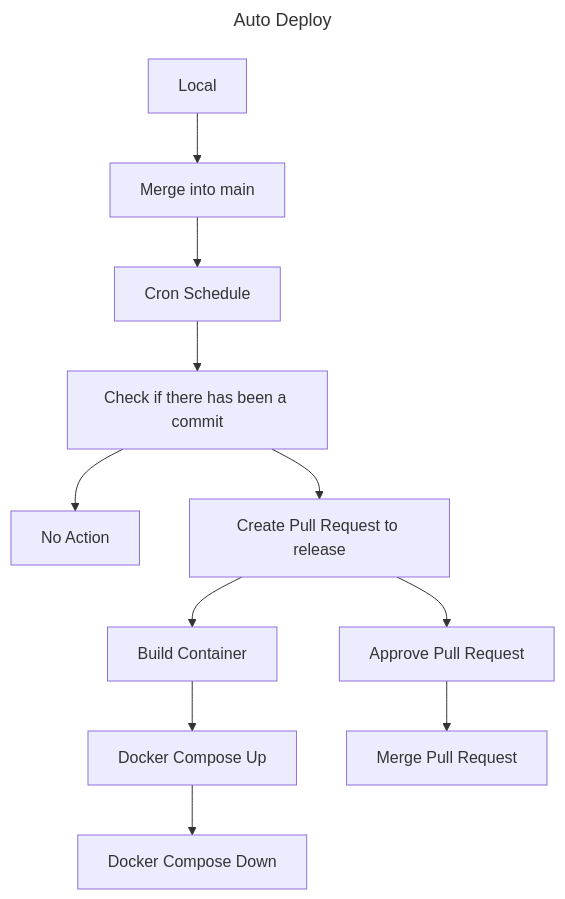
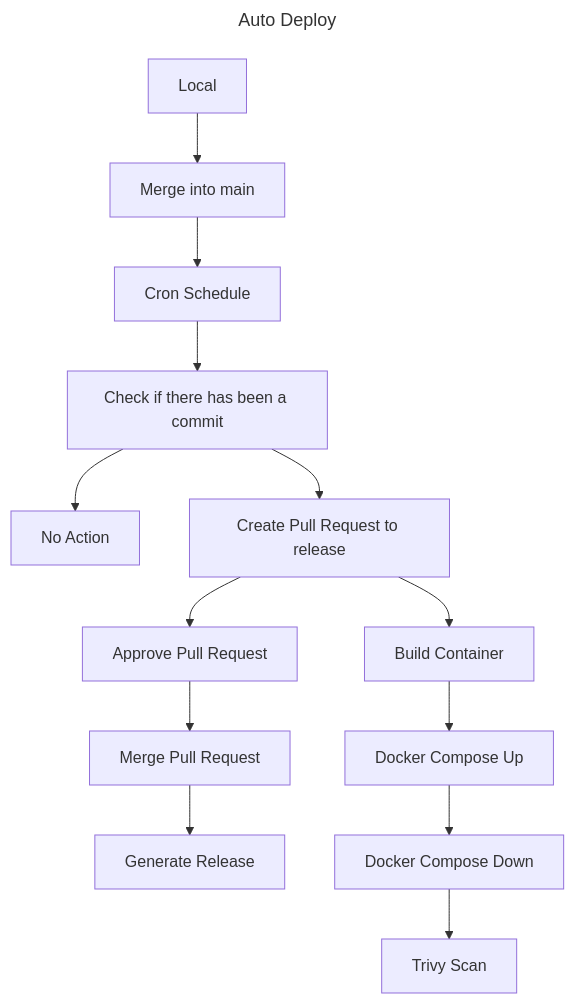
Before and after one commit to Bombarding/build-and-publish: the diagram in README.md, drawn with Mermaid. The commit also changed 2 other files, not shown here.

````diff
--- a/README.md
+++ b/README.md
@@ -3,16 +3,18 @@
 ```mermaid
 ---
 title: Auto Deploy
 ---
 graph TD;
     A[Local]-->B[Merge into main];
     C[Cron Schedule]-->D[Check if there has been a commit];
     B-->C;
     D-->E[No Action];
     D-->F[Create Pull Request to release];
     F-->G[Approve Pull Request];
     F-->I[Build Container];
+    G-->H[Merge Pull Request];
+    H-->M[Generate Release];
     I-->J[Docker Compose Up];
     J-->K[Docker Compose Down];
-    G-->H[Merge Pull Request];
+    K-->L[Trivy Scan];
 ```
````
